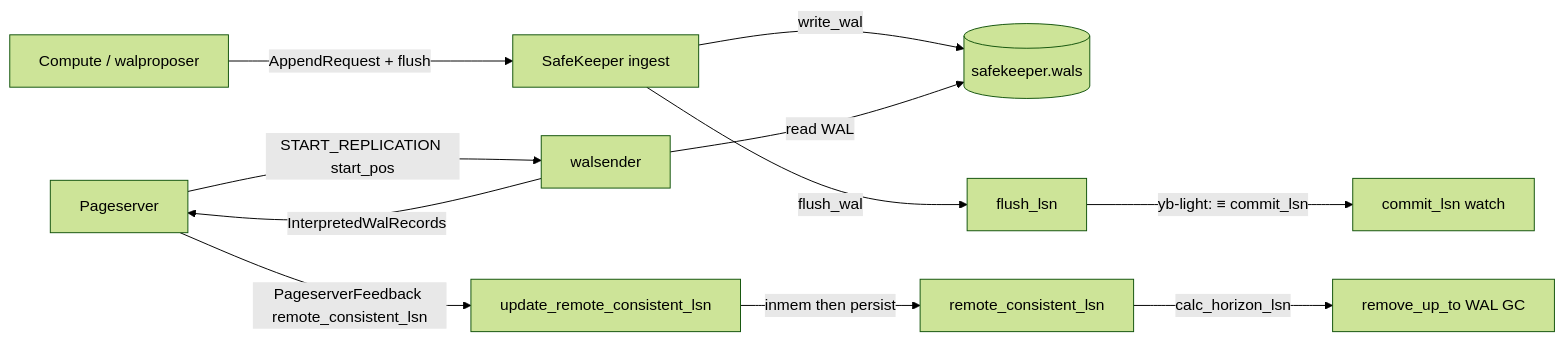
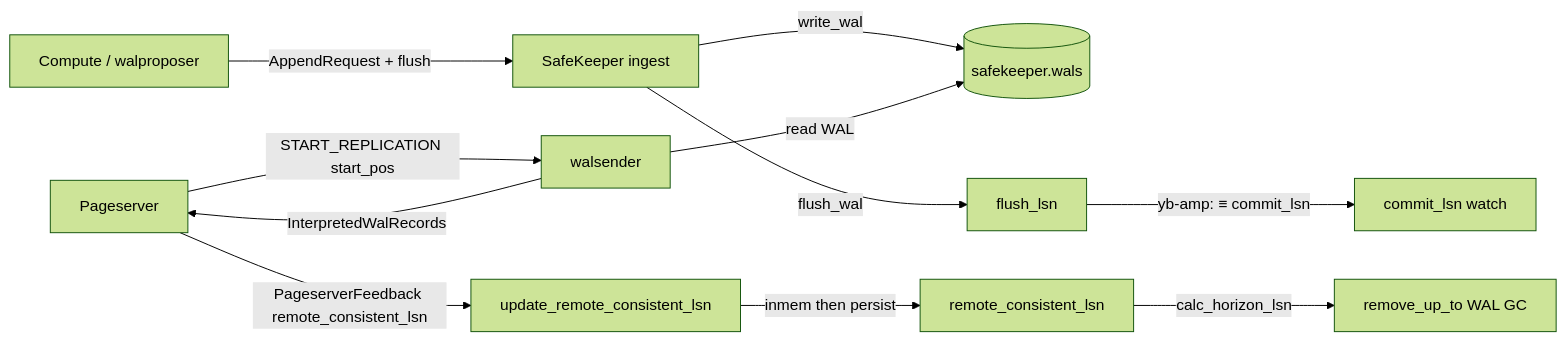
The diagram in compute/architecture/safekeeper-lsns.md (yugabyte/meko), drawn with Mermaid (forest theme) before and after one commit. The commit also changed other lines of this file and 397 other files, not shown here.

First line of the commit message:
rebrand: rename yb-light -> yb-amp across the tree (all casings) (#288)

````diff
--- a/compute/architecture/safekeeper-lsns.md
+++ b/compute/architecture/safekeeper-lsns.md
@@ -25,13 +25,13 @@
 ```mermaid
 flowchart LR
     COMP[Compute / walproposer] -->|AppendRequest + flush| SK_ING[SafeKeeper ingest]
     SK_ING -->|write_wal| YB_WAL[(safekeeper.wals)]
     SK_ING -->|flush_wal| FL[flush_lsn]
-    FL -->|yb-light: ≡ commit_lsn| COMM[commit_lsn watch]
+    FL -->|yb-amp: ≡ commit_lsn| COMM[commit_lsn watch]
     PS[Pageserver] -->|START_REPLICATION start_pos| WS[walsender]
     WS -->|read WAL| YB_WAL
     WS -->|InterpretedWalRecords| PS
     PS -->|PageserverFeedback remote_consistent_lsn| SK_FB[update_remote_consistent_lsn]
     SK_FB -->|inmem then persist| RCS[remote_consistent_lsn]
     RCS -->|calc_horizon_lsn| GC[remove_up_to WAL GC]
 ```
````
